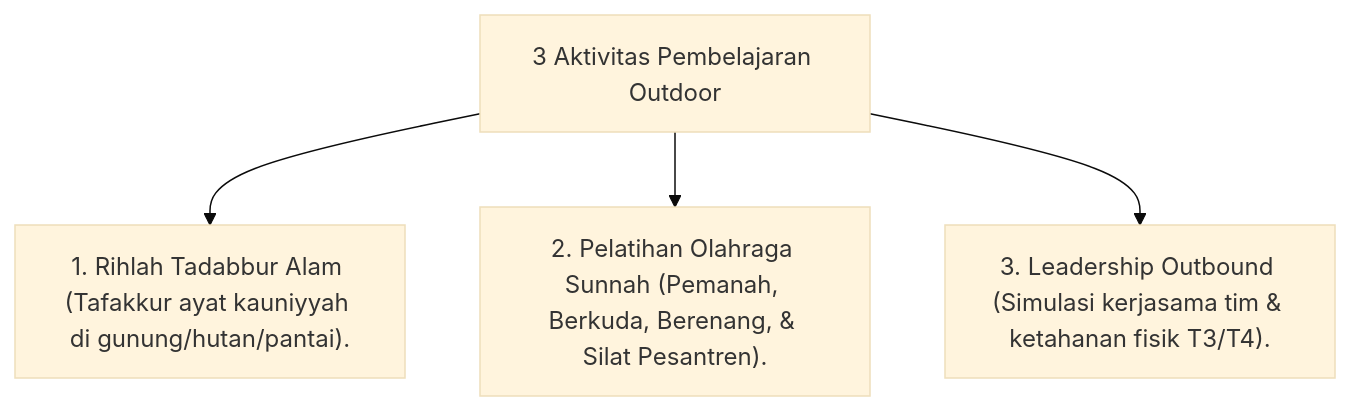
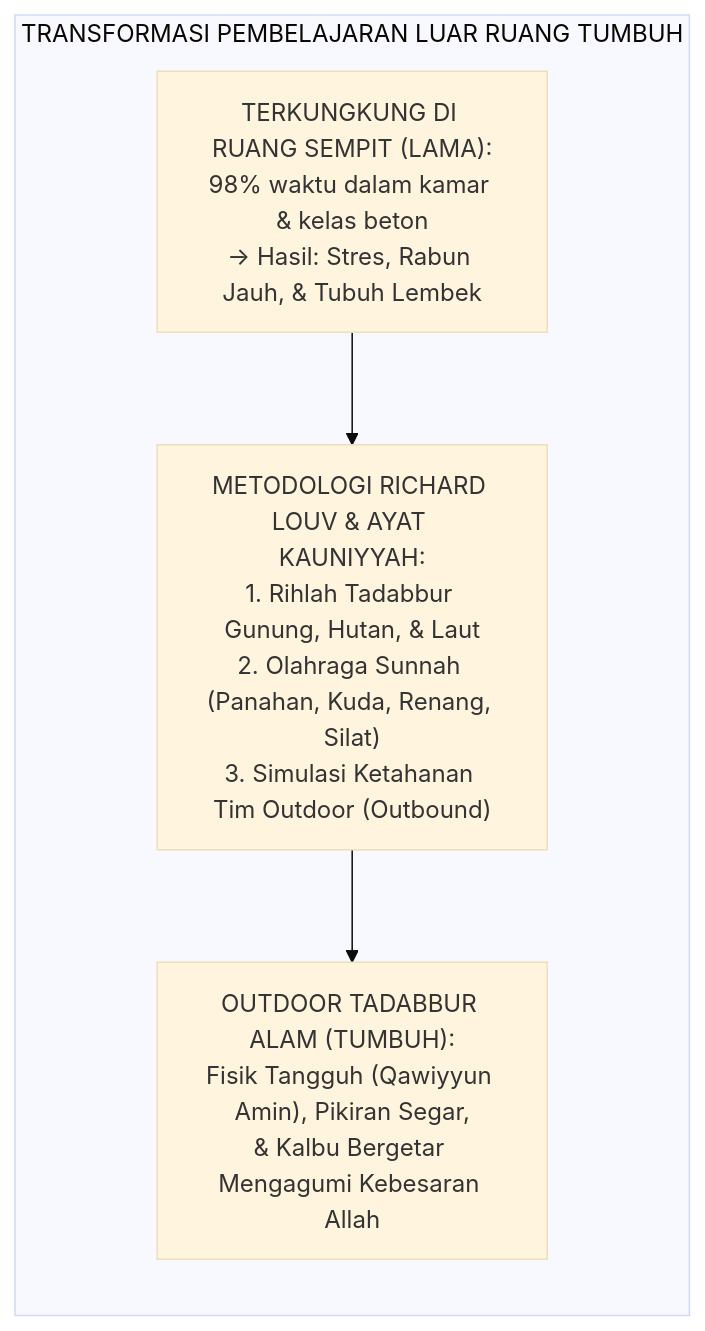
Before and after one commit to wandiapriliyandi/tumbuh: the first of 2 diagrams in 10 Methods/06 Experiential Learning/P10-06-02-Teknik-Pembelajaran-Outdoor-dan-Rihlah-Tadabbur-Alam.md, drawn with Mermaid (base theme). The commit also changed other lines of this file and 3 other files, not shown here.

````diff
--- a/10 Methods/06 Experiential Learning/P10-06-02-Teknik-Pembelajaran-Outdoor-dan-Rihlah-Tadabbur-Alam.md
+++ b/10 Methods/06 Experiential Learning/P10-06-02-Teknik-Pembelajaran-Outdoor-dan-Rihlah-Tadabbur-Alam.md
@@ -14,7 +28,7 @@
 ```mermaid
-graph TD
-    OutdoorMethods["3 Aktivitas Pembelajaran Outdoor"]
-    OutdoorMethods --> TadabburRihlah["1. Rihlah Tadabbur Alam (Tafakkur ayat kauniyyah di gunung/hutan/pantai)."]
-    OutdoorMethods --> SunnahSports["2. Pelatihan Olahraga Sunnah (Pemanah, Berkuda, Berenang, & Silat Pesantren)."]
-    OutdoorMethods --> SurvivalTeam["3. Leadership Outbound (Simulasi kerjasama tim & ketahanan fisik T3/T4)."]
+flowchart LR
+    subgraph OutdoorTransformation["TRANSFORMASI PEMBELAJARAN LUAR RUANG TUMBUH"]
+        Confined["TERKUNGKUNG DI RUANG SEMPIT (LAMA):<br/>98% waktu dalam kamar & kelas beton<br/>→ Hasil: Stres, Rabun Jauh, & Tubuh Lembek"] --> Shift["METODOLOGI RICHARD LOUV & AYAT KAUNIYYAH:<br/>1. Rihlah Tadabbur Gunung, Hutan, & Laut<br/>2. Olahraga Sunnah (Panahan, Kuda, Renang, Silat)<br/>3. Simulasi Ketahanan Tim Outdoor (Outbound)"]
+        Shift --> Resilient["OUTDOOR TADABBUR ALAM (TUMBUH):<br/>Fisik Tangguh (Qawiyyun Amin), Pikiran Segar,<br/>& Kalbu Bergetar Mengagumi Kebesaran Allah"]
+    end
 ```
````
